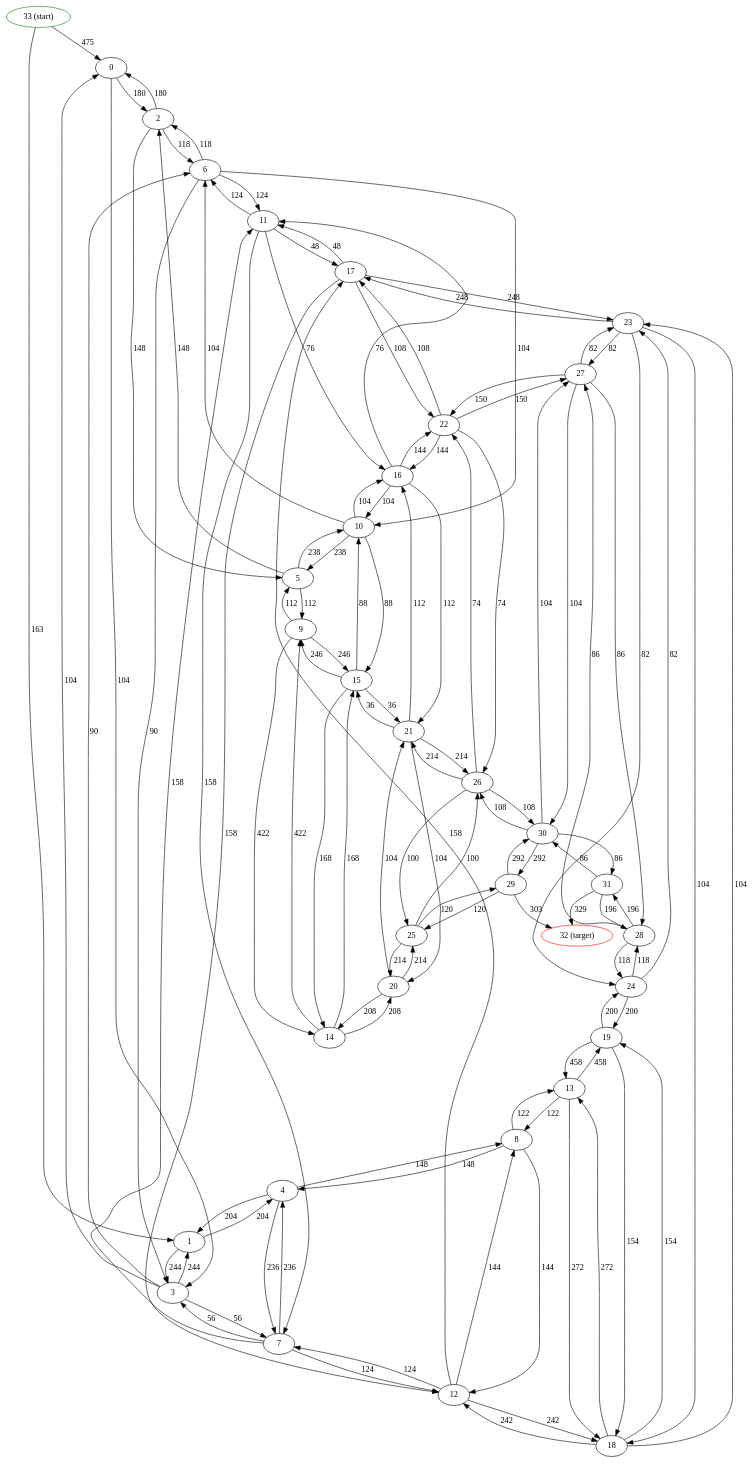
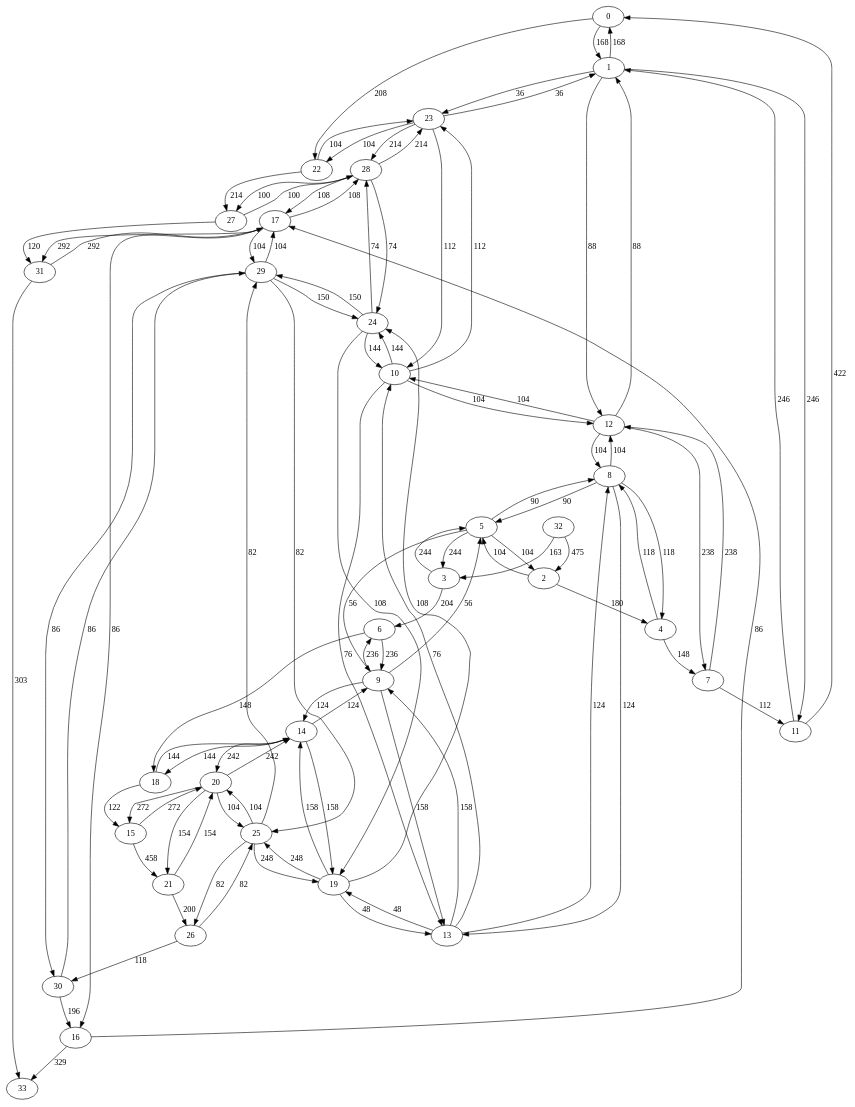
One commit to Mesoptier/aoc-2023 changed the diagram in data/viz/23-2-opt.dot. Above: the diagram before and after it, drawn with Graphviz. The commit also changed 11 other files, not shown here.

First line of the commit message:
Day 23: Further optimize graph structure

```diff
--- a/data/viz/23-2-opt.dot
+++ b/data/viz/23-2-opt.dot
@@ -1,148 +1,134 @@
 digraph {
-  0 [label="0"]
-  0 -> 2 [label="180"]
-  0 -> 3 [label="104"]
-  1 [label="1"]
-  1 -> 3 [label="244"]
-  1 -> 4 [label="204"]
-  2 [label="2"]
-  2 -> 5 [label="148"]
-  2 -> 6 [label="118"]
-  2 -> 0 [label="180"]
-  3 [label="3"]
-  3 -> 1 [label="244"]
-  3 -> 6 [label="90"]
-  3 -> 7 [label="56"]
-  3 -> 0 [label="104"]
-  4 [label="4"]
-  4 -> 7 [label="236"]
-  4 -> 8 [label="148"]
-  4 -> 1 [label="204"]
-  5 [label="5"]
-  5 -> 9 [label="112"]
-  5 -> 10 [label="238"]
-  5 -> 2 [label="148"]
-  6 [label="6"]
-  6 -> 3 [label="90"]
-  6 -> 10 [label="104"]
-  6 -> 11 [label="124"]
-  6 -> 2 [label="118"]
-  7 [label="7"]
-  7 -> 4 [label="236"]
-  7 -> 11 [label="158"]
-  7 -> 12 [label="124"]
-  7 -> 3 [label="56"]
-  8 [label="8"]
-  8 -> 12 [label="144"]
-  8 -> 13 [label="122"]
-  8 -> 4 [label="148"]
-  9 [label="9"]
-  9 -> 14 [label="422"]
-  9 -> 15 [label="246"]
-  9 -> 5 [label="112"]
-  10 [label="10"]
-  10 -> 6 [label="104"]
-  10 -> 15 [label="88"]
-  10 -> 16 [label="104"]
-  10 -> 5 [label="238"]
-  11 [label="11"]
-  11 -> 7 [label="158"]
-  11 -> 16 [label="76"]
-  11 -> 17 [label="48"]
-  11 -> 6 [label="124"]
-  12 [label="12"]
-  12 -> 8 [label="144"]
-  12 -> 17 [label="158"]
-  12 -> 18 [label="242"]
-  12 -> 7 [label="124"]
-  13 [label="13"]
-  13 -> 18 [label="272"]
-  13 -> 19 [label="458"]
-  13 -> 8 [label="122"]
-  14 [label="14"]
-  14 -> 15 [label="168"]
-  14 -> 20 [label="208"]
-  14 -> 9 [label="422"]
-  15 [label="15"]
-  15 -> 10 [label="88"]
-  15 -> 14 [label="168"]
-  15 -> 21 [label="36"]
-  15 -> 9 [label="246"]
-  16 [label="16"]
-  16 -> 11 [label="76"]
-  16 -> 21 [label="112"]
-  16 -> 22 [label="144"]
-  16 -> 10 [label="104"]
-  17 [label="17"]
-  17 -> 12 [label="158"]
-  17 -> 22 [label="108"]
-  17 -> 23 [label="248"]
-  17 -> 11 [label="48"]
-  18 [label="18"]
-  18 -> 13 [label="272"]
-  18 -> 23 [label="104"]
-  18 -> 19 [label="154"]
-  18 -> 12 [label="242"]
-  19 [label="19"]
-  19 -> 24 [label="200"]
-  19 -> 18 [label="154"]
-  19 -> 13 [label="458"]
-  20 [label="20"]
-  20 -> 21 [label="104"]
-  20 -> 25 [label="214"]
-  20 -> 14 [label="208"]
-  21 [label="21"]
-  21 -> 16 [label="112"]
-  21 -> 20 [label="104"]
-  21 -> 26 [label="214"]
-  21 -> 15 [label="36"]
-  22 [label="22"]
-  22 -> 17 [label="108"]
-  22 -> 26 [label="74"]
-  22 -> 27 [label="150"]
-  22 -> 16 [label="144"]
-  23 [label="23"]
-  23 -> 18 [label="104"]
-  23 -> 27 [label="82"]
-  23 -> 24 [label="82"]
-  23 -> 17 [label="248"]
-  24 [label="24"]
-  24 -> 28 [label="118"]
-  24 -> 23 [label="82"]
-  24 -> 19 [label="200"]
-  25 [label="25"]
-  25 -> 26 [label="100"]
-  25 -> 29 [label="120"]
-  25 -> 20 [label="214"]
-  26 [label="26"]
-  26 -> 22 [label="74"]
-  26 -> 25 [label="100"]
-  26 -> 30 [label="108"]
-  26 -> 21 [label="214"]
-  27 [label="27"]
-  27 -> 23 [label="82"]
-  27 -> 30 [label="104"]
-  27 -> 28 [label="86"]
-  27 -> 22 [label="150"]
-  28 [label="28"]
-  28 -> 31 [label="196"]
-  28 -> 27 [label="86"]
-  28 -> 24 [label="118"]
-  29 [label="29"]
-  29 -> 30 [label="292"]
-  29 -> 32 [label="303"]
-  29 -> 25 [label="120"]
-  30 [label="30"]
-  30 -> 27 [label="104"]
-  30 -> 29 [label="292"]
-  30 -> 31 [label="86"]
-  30 -> 26 [label="108"]
-  31 [label="31"]
-  31 -> 32 [label="329"]
-  31 -> 30 [label="86"]
-  31 -> 28 [label="196"]
-  32 [label="32 (target)", color=red]
-  33 [label="33 (start)", color=green]
-  33 -> 0 [label="475"]
-  33 -> 1 [label="163"]
+    0 [ label = "0" ]
+    1 [ label = "1" ]
+    2 [ label = "2" ]
+    3 [ label = "3" ]
+    4 [ label = "4" ]
+    5 [ label = "5" ]
+    6 [ label = "6" ]
+    7 [ label = "7" ]
+    8 [ label = "8" ]
+    9 [ label = "9" ]
+    10 [ label = "10" ]
+    11 [ label = "11" ]
+    12 [ label = "12" ]
+    13 [ label = "13" ]
+    14 [ label = "14" ]
+    15 [ label = "15" ]
+    16 [ label = "16" ]
+    17 [ label = "17" ]
+    18 [ label = "18" ]
+    19 [ label = "19" ]
+    20 [ label = "20" ]
+    21 [ label = "21" ]
+    22 [ label = "22" ]
+    23 [ label = "23" ]
+    24 [ label = "24" ]
+    25 [ label = "25" ]
+    26 [ label = "26" ]
+    27 [ label = "27" ]
+    28 [ label = "28" ]
+    29 [ label = "29" ]
+    30 [ label = "30" ]
+    31 [ label = "31" ]
+    32 [ label = "32" ]
+    33 [ label = "33" ]
+    16 -> 17 [ label = "86" ]
+    17 -> 16 [ label = "86" ]
+    32 -> 2 [ label = "475" ]
+    16 -> 33 [ label = "329" ]
+    32 -> 3 [ label = "163" ]
+    31 -> 33 [ label = "303" ]
+    2 -> 4 [ label = "180" ]
+    17 -> 31 [ label = "292" ]
+    2 -> 5 [ label = "104" ]
+    5 -> 2 [ label = "104" ]
+    3 -> 5 [ label = "244" ]
+    5 -> 3 [ label = "244" ]
+    3 -> 6 [ label = "204" ]
+    29 -> 17 [ label = "104" ]
+    4 -> 7 [ label = "148" ]
+    31 -> 17 [ label = "292" ]
+    4 -> 8 [ label = "118" ]
+    8 -> 4 [ label = "118" ]
+    5 -> 8 [ label = "90" ]
+    8 -> 5 [ label = "90" ]
+    5 -> 9 [ label = "56" ]
+    9 -> 5 [ label = "56" ]
+    6 -> 9 [ label = "236" ]
+    9 -> 6 [ label = "236" ]
+    6 -> 18 [ label = "148" ]
+    17 -> 28 [ label = "108" ]
+    7 -> 11 [ label = "112" ]
+    27 -> 28 [ label = "100" ]
+    7 -> 12 [ label = "238" ]
+    12 -> 7 [ label = "238" ]
+    8 -> 12 [ label = "104" ]
+    12 -> 8 [ label = "104" ]
+    8 -> 13 [ label = "124" ]
+    13 -> 8 [ label = "124" ]
+    9 -> 13 [ label = "158" ]
+    13 -> 9 [ label = "158" ]
+    9 -> 14 [ label = "124" ]
+    14 -> 9 [ label = "124" ]
+    18 -> 14 [ label = "144" ]
+    14 -> 18 [ label = "144" ]
+    18 -> 15 [ label = "122" ]
+    28 -> 17 [ label = "108" ]
+    11 -> 0 [ label = "422" ]
+    30 -> 16 [ label = "196" ]
+    11 -> 1 [ label = "246" ]
+    1 -> 11 [ label = "246" ]
+    12 -> 1 [ label = "88" ]
+    1 -> 12 [ label = "88" ]
+    12 -> 10 [ label = "104" ]
+    10 -> 12 [ label = "104" ]
+    13 -> 10 [ label = "76" ]
+    10 -> 13 [ label = "76" ]
+    13 -> 19 [ label = "48" ]
+    19 -> 13 [ label = "48" ]
+    14 -> 19 [ label = "158" ]
+    19 -> 14 [ label = "158" ]
+    14 -> 20 [ label = "242" ]
+    20 -> 14 [ label = "242" ]
+    15 -> 20 [ label = "272" ]
+    20 -> 15 [ label = "272" ]
+    15 -> 21 [ label = "458" ]
+    17 -> 29 [ label = "104" ]
+    0 -> 1 [ label = "168" ]
+    1 -> 0 [ label = "168" ]
+    0 -> 22 [ label = "208" ]
+    30 -> 29 [ label = "86" ]
+    1 -> 23 [ label = "36" ]
+    23 -> 1 [ label = "36" ]
+    10 -> 23 [ label = "112" ]
+    23 -> 10 [ label = "112" ]
+    10 -> 24 [ label = "144" ]
+    24 -> 10 [ label = "144" ]
+    19 -> 24 [ label = "108" ]
+    24 -> 19 [ label = "108" ]
+    19 -> 25 [ label = "248" ]
+    25 -> 19 [ label = "248" ]
+    20 -> 25 [ label = "104" ]
+    25 -> 20 [ label = "104" ]
+    20 -> 21 [ label = "154" ]
+    21 -> 20 [ label = "154" ]
+    21 -> 26 [ label = "200" ]
+    27 -> 31 [ label = "120" ]
+    22 -> 23 [ label = "104" ]
+    23 -> 22 [ label = "104" ]
+    22 -> 27 [ label = "214" ]
+    29 -> 30 [ label = "86" ]
+    23 -> 28 [ label = "214" ]
+    28 -> 23 [ label = "214" ]
+    24 -> 28 [ label = "74" ]
+    28 -> 24 [ label = "74" ]
+    24 -> 29 [ label = "150" ]
+    29 -> 24 [ label = "150" ]
+    25 -> 29 [ label = "82" ]
+    29 -> 25 [ label = "82" ]
+    25 -> 26 [ label = "82" ]
+    26 -> 25 [ label = "82" ]
+    26 -> 30 [ label = "118" ]
+    28 -> 27 [ label = "100" ]
 }
```
